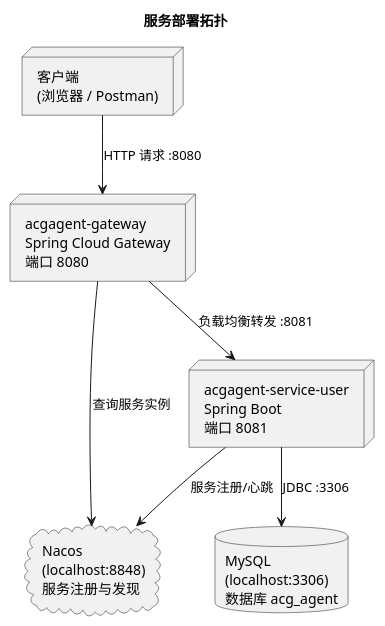
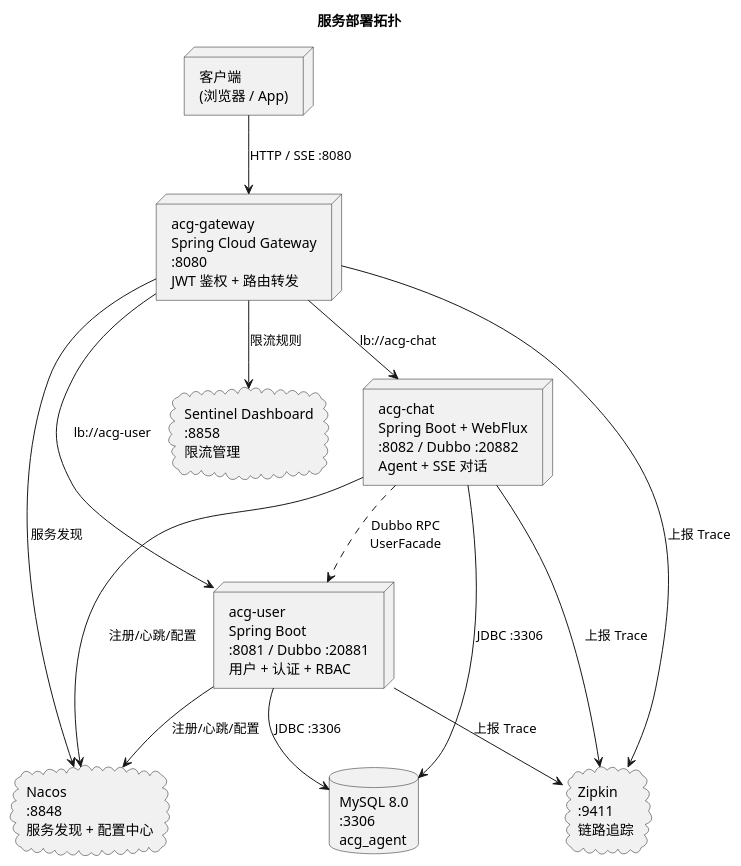
Before and after one commit to Maoyya/acgagent: the third of 3 diagrams in docx/技术架构.md, drawn with PlantUML. The commit also changed other lines of this file and 32 other files, not shown here.

````diff
--- a/docx/技术架构.md
+++ b/docx/技术架构.md
@@ -210,16 +479,30 @@
 ```plantuml
 @startuml
 title 服务部署拓扑
-node "客户端\n(浏览器 / Postman)" as Client
-cloud "Nacos\n(localhost:8848)\n服务注册与发现" as Nacos
-node "acgagent-gateway\nSpring Cloud Gateway\n端口 8080" as Gateway
-node "acgagent-service-user\nSpring Boot\n端口 8081" as User
-database "MySQL\n(localhost:3306)\n数据库 acg_agent" as DB
+skinparam componentStyle rectangle
 
-Client --> Gateway: HTTP 请求 :8080
-Gateway --> Nacos: 查询服务实例
-Gateway --> User: 负载均衡转发 :8081
-User --> Nacos: 服务注册/心跳
+node "客户端\n(浏览器 / App)" as Client
+cloud "Nacos\n:8848\n服务发现 + 配置中心" as Nacos
+cloud "Zipkin\n:9411\n链路追踪" as Zipkin
+cloud "Sentinel Dashboard\n:8858\n限流管理" as Sentinel
+
+node "acg-gateway\nSpring Cloud Gateway\n:8080\nJWT 鉴权 + 路由转发" as Gateway
+node "acg-user\nSpring Boot\n:8081 / Dubbo :20881\n用户 + 认证 + RBAC" as User
+node "acg-chat\nSpring Boot + WebFlux\n:8082 / Dubbo :20882\nAgent + SSE 对话" as Agent
+database "MySQL 8.0\n:3306\nacg_agent" as DB
+
+Client --> Gateway: HTTP / SSE :8080
+Gateway --> Nacos: 服务发现
+Gateway --> User: lb://acg-user
+Gateway --> Agent: lb://acg-chat
+User --> Nacos: 注册/心跳/配置
+Agent --> Nacos: 注册/心跳/配置
 User --> DB: JDBC :3306
+Agent --> DB: JDBC :3306
+Agent ..> User: Dubbo RPC\nUserFacade
+User --> Zipkin: 上报 Trace
+Agent --> Zipkin: 上报 Trace
+Gateway --> Zipkin: 上报 Trace
+Gateway --> Sentinel: 限流规则
 @enduml
 ```
````
